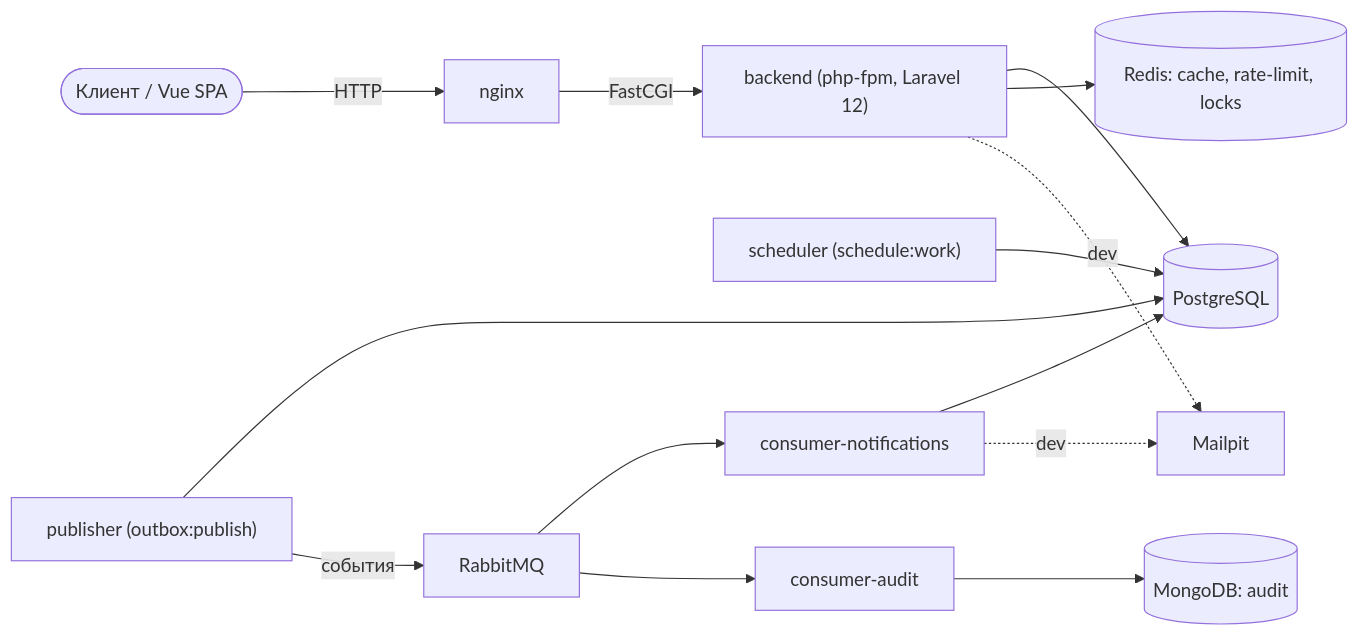
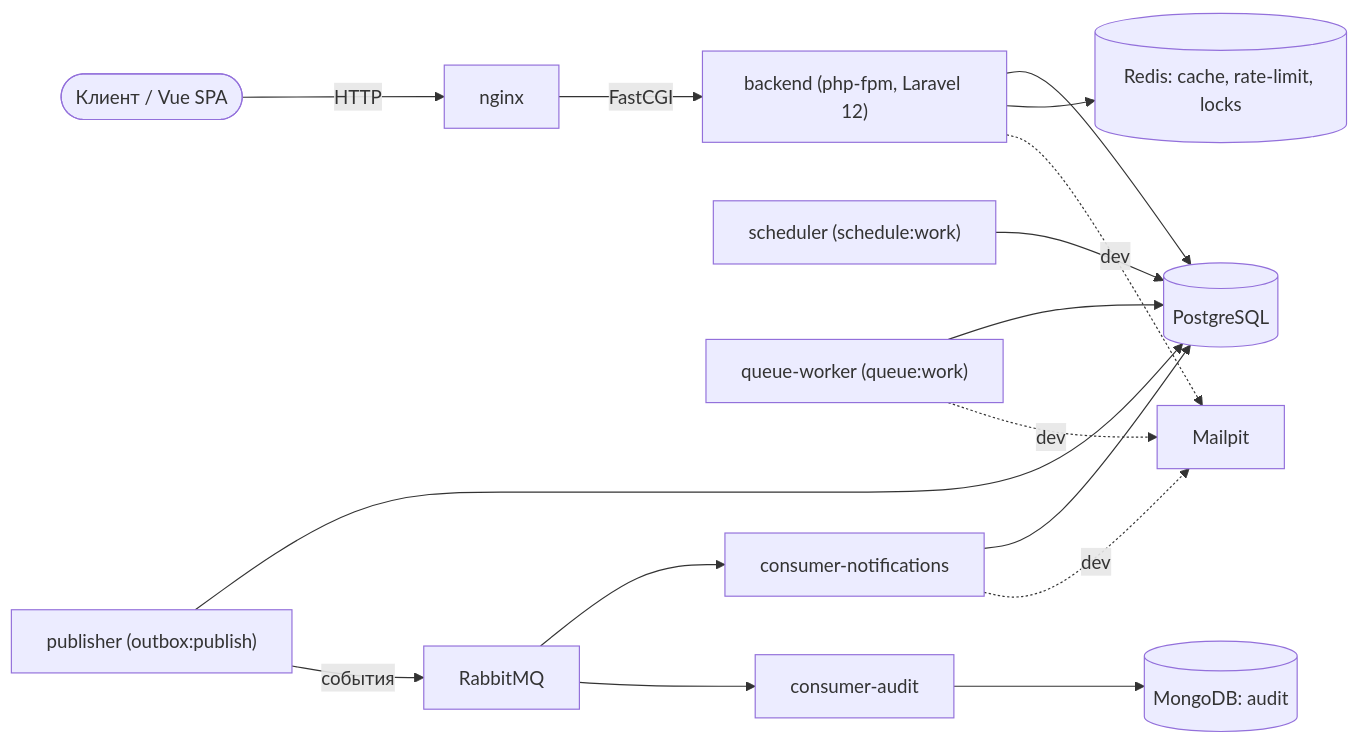
Before and after one commit to azaikina568/docsign-hub: the eighth of 9 diagrams in docs/diagrams.md, drawn with Mermaid. The commit also changed other lines of this file and 13 other files, not shown here.

````diff
--- a/docs/diagrams.md
+++ b/docs/diagrams.md
@@ -301,20 +305,23 @@
 ```mermaid
 flowchart LR
     Client(["Клиент / Vue SPA"]) -->|HTTP| nginx
     nginx -->|FastCGI| backend["backend (php-fpm, Laravel 12)"]
     scheduler["scheduler (schedule:work)"]
     publisher["publisher (outbox:publish)"]
+    qworker["queue-worker (queue:work)"]
     cnotif["consumer-notifications"]
     caudit["consumer-audit"]
     backend --> postgres[("PostgreSQL")]
     backend --> redis[("Redis: cache, rate-limit, locks")]
     scheduler --> postgres
     publisher --> postgres
+    qworker --> postgres
+    qworker -.->|dev| mailpit["Mailpit"]
     publisher -->|события| rabbitmq["RabbitMQ"]
     rabbitmq --> cnotif
     rabbitmq --> caudit
     cnotif --> postgres
-    cnotif -.->|dev| mailpit["Mailpit"]
+    cnotif -.->|dev| mailpit
     caudit --> mongodb[("MongoDB: audit")]
     backend -.->|dev| mailpit
 ```
````
